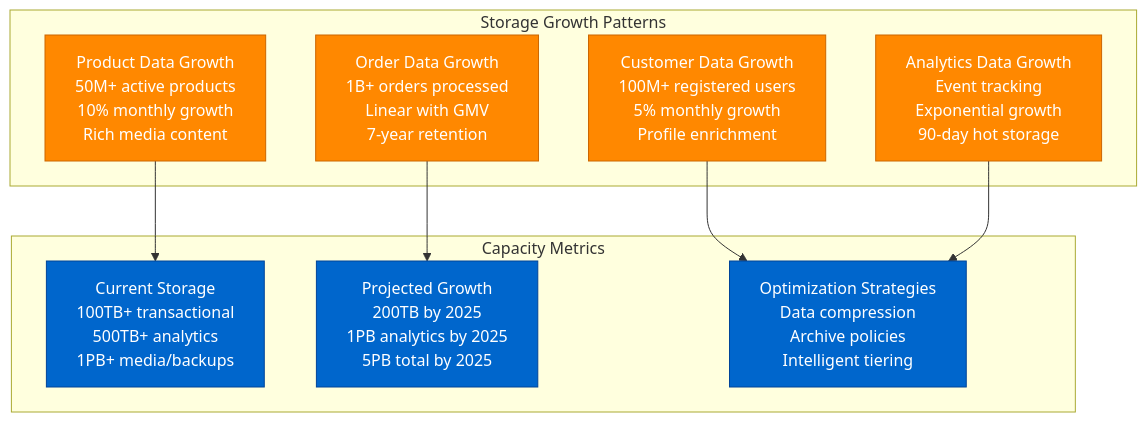
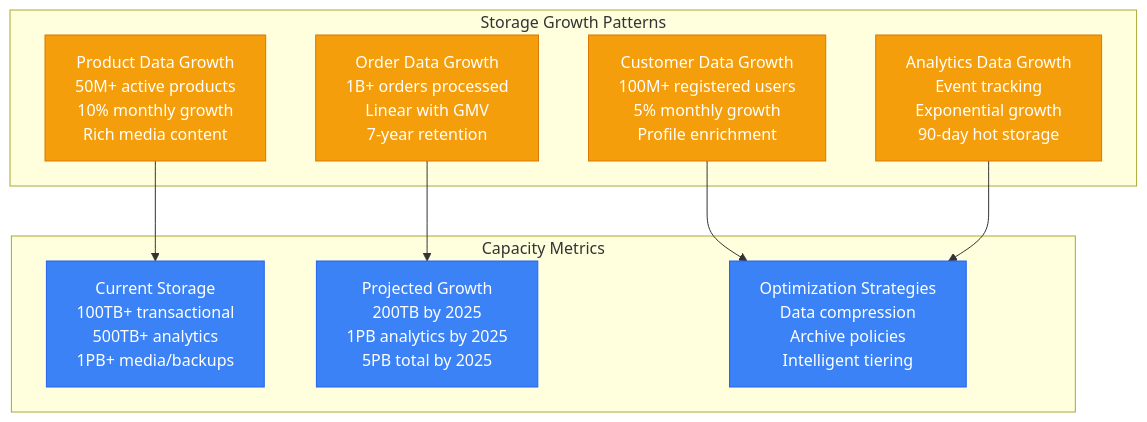
One commit to deepaucksharma/DS changed the sixth of 8 diagrams in site/docs/systems/shopify/storage-architecture.md. Above: the diagram before and after it, drawn with Mermaid. The commit also changed other lines of this file and 303 other files, not shown here.

````diff
--- a/site/docs/systems/shopify/storage-architecture.md
+++ b/site/docs/systems/shopify/storage-architecture.md
@@ -341,32 +341,32 @@
 ```mermaid
 graph TB
     subgraph "Storage Growth Patterns"
         PRODUCTS[Product Data Growth<br/>50M+ active products<br/>10% monthly growth<br/>Rich media content]
 
         ORDERS[Order Data Growth<br/>1B+ orders processed<br/>Linear with GMV<br/>7-year retention]
 
         CUSTOMERS[Customer Data Growth<br/>100M+ registered users<br/>5% monthly growth<br/>Profile enrichment]
 
         ANALYTICS[Analytics Data Growth<br/>Event tracking<br/>Exponential growth<br/>90-day hot storage]
     end
 
     subgraph "Capacity Metrics"
         CURRENT[Current Storage<br/>100TB+ transactional<br/>500TB+ analytics<br/>1PB+ media/backups]
 
         PROJECTED[Projected Growth<br/>200TB by 2025<br/>1PB analytics by 2025<br/>5PB total by 2025]
 
         OPTIMIZATION[Optimization Strategies<br/>Data compression<br/>Archive policies<br/>Intelligent tiering]
     end
 
     PRODUCTS --> CURRENT
     ORDERS --> PROJECTED
     CUSTOMERS --> OPTIMIZATION
     ANALYTICS --> OPTIMIZATION
 
     %% Apply capacity colors
-    classDef growthStyle fill:#FF8800,stroke:#CC6600,color:#fff
-    classDef capacityStyle fill:#0066CC,stroke:#004499,color:#fff
+    classDef growthStyle fill:#F59E0B,stroke:#D97706,color:#fff
+    classDef capacityStyle fill:#3B82F6,stroke:#2563EB,color:#fff
 
     class PRODUCTS,ORDERS,CUSTOMERS,ANALYTICS growthStyle
     class CURRENT,PROJECTED,OPTIMIZATION capacityStyle
 ```
````
